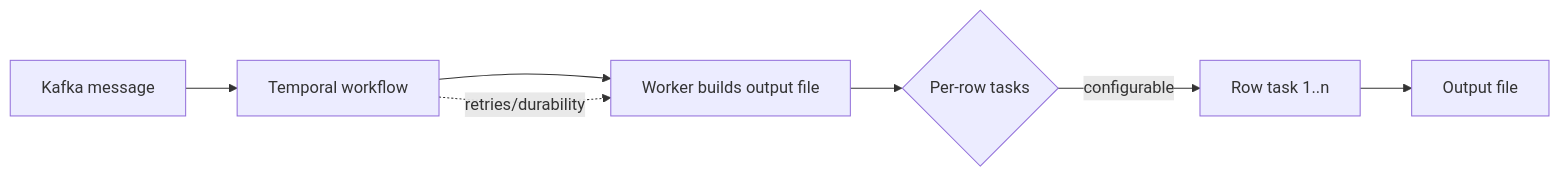
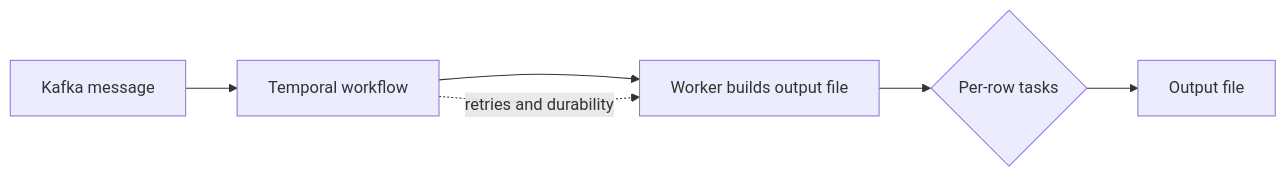
One commit to Sadath-GitHub/Sadath-GitHub changed the first of 2 diagrams in README.md. Above: the diagram before and after it, drawn with Mermaid. The commit also changed other lines of this file, not shown here.

````diff
--- a/README.md
+++ b/README.md
@@ -32,9 +42,8 @@
 ```mermaid
 flowchart LR
-    A[Kafka message] --> B[Temporal workflow]
-    B --> C[Worker builds output file]
-    C --> D{Per-row tasks}
-    D -->|configurable| E[Row task 1..n]
-    E --> F[Output file]
-    B -. retries/durability.-> C
+    K[Kafka message] --> T[Temporal workflow]
+    T --> W[Worker builds output file]
+    W --> R{Per-row tasks}
+    R --> O[Output file]
+    T -. retries and durability .-> W
 ```
````
